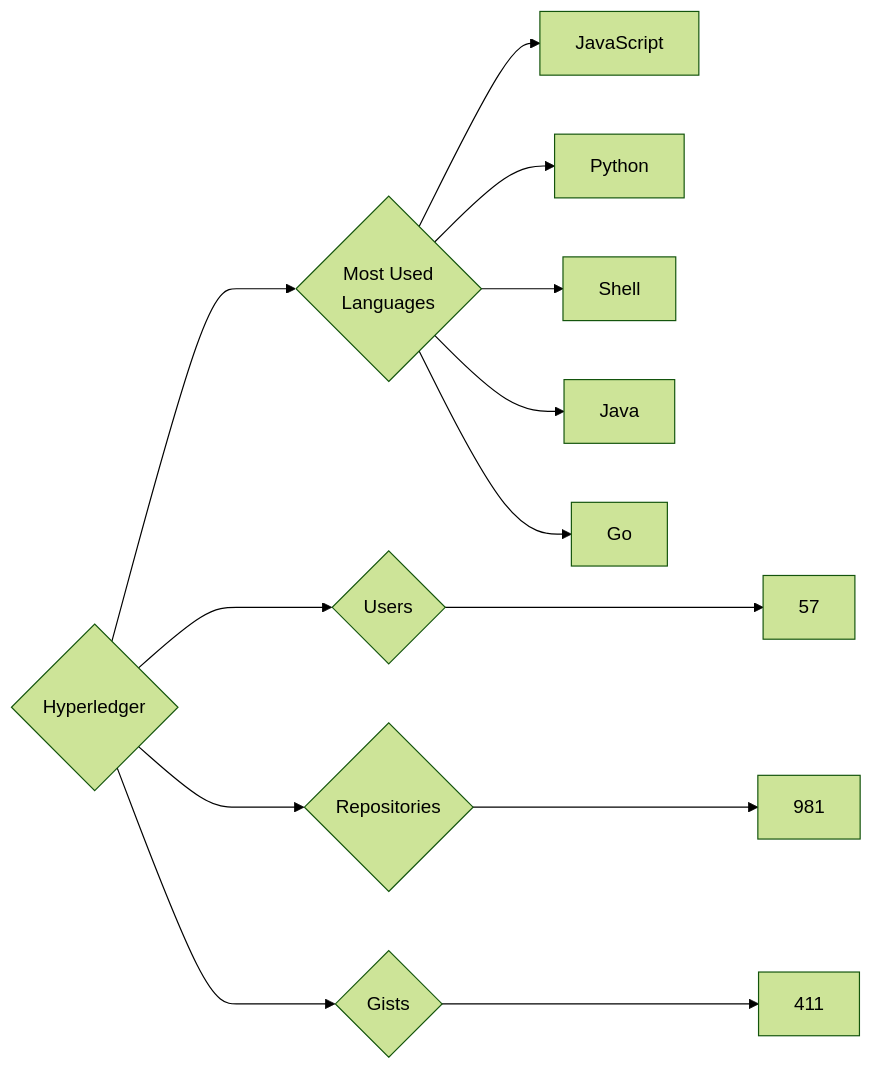
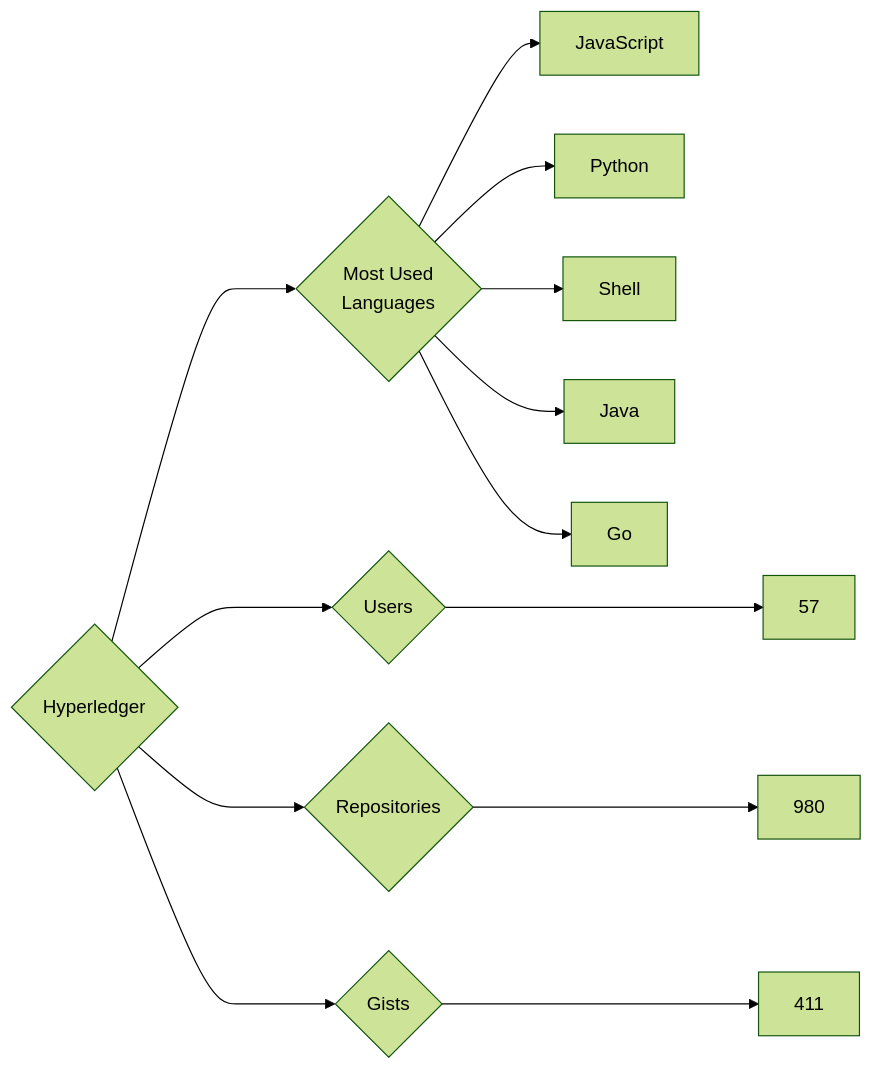
Before and after one commit to trickest/insiders: the diagram in targets/Hyperledger/README.md, drawn with Mermaid (forest theme). The commit also changed 569 other files, not shown here.

````diff
--- a/targets/Hyperledger/README.md
+++ b/targets/Hyperledger/README.md
@@ -3,13 +3,13 @@
 ```mermaid
 graph LR
 COMPANY_NAME{Hyperledger}
 COMPANY_NAME ---> U{Users} ---> UN[57]
-COMPANY_NAME ---> R{Repositories} ---> RN[981]
+COMPANY_NAME ---> R{Repositories} ---> RN[980]
 COMPANY_NAME ---> G{Gists} ---> GN[411]
 COMPANY_NAME ---> ML{Most Used<br>Languages}
 ML --> JavaScript[JavaScript]
 ML --> Python[Python]
 ML --> Shell[Shell]
 ML --> Java[Java]
 ML --> Go[Go]
 ```
````
